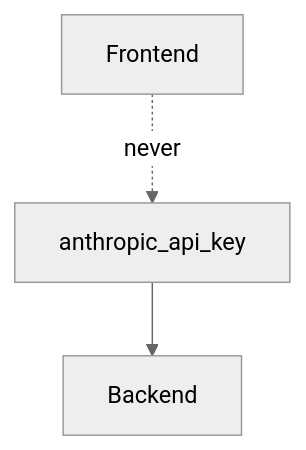
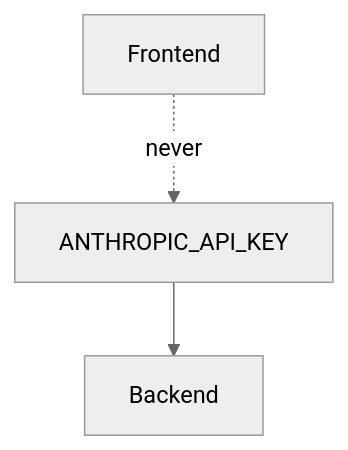
The ninth of 9 diagrams in safespace_system_design.md (Dhrithi432/panw-hackathon-journal-casestudy), drawn with Mermaid (neutral theme) before and after one commit. The commit also changed other lines of this file and 1 other file, not shown here.

````diff
--- a/safespace_system_design.md
+++ b/safespace_system_design.md
@@ -193,9 +238,9 @@
 ```mermaid
 flowchart TB
     FE[Frontend]
     BE[Backend]
-    Secret[anthropic_api_key]
+    Secret[ANTHROPIC_API_KEY]
 
     FE -.->|never| Secret
     Secret --> BE
 ```
````
